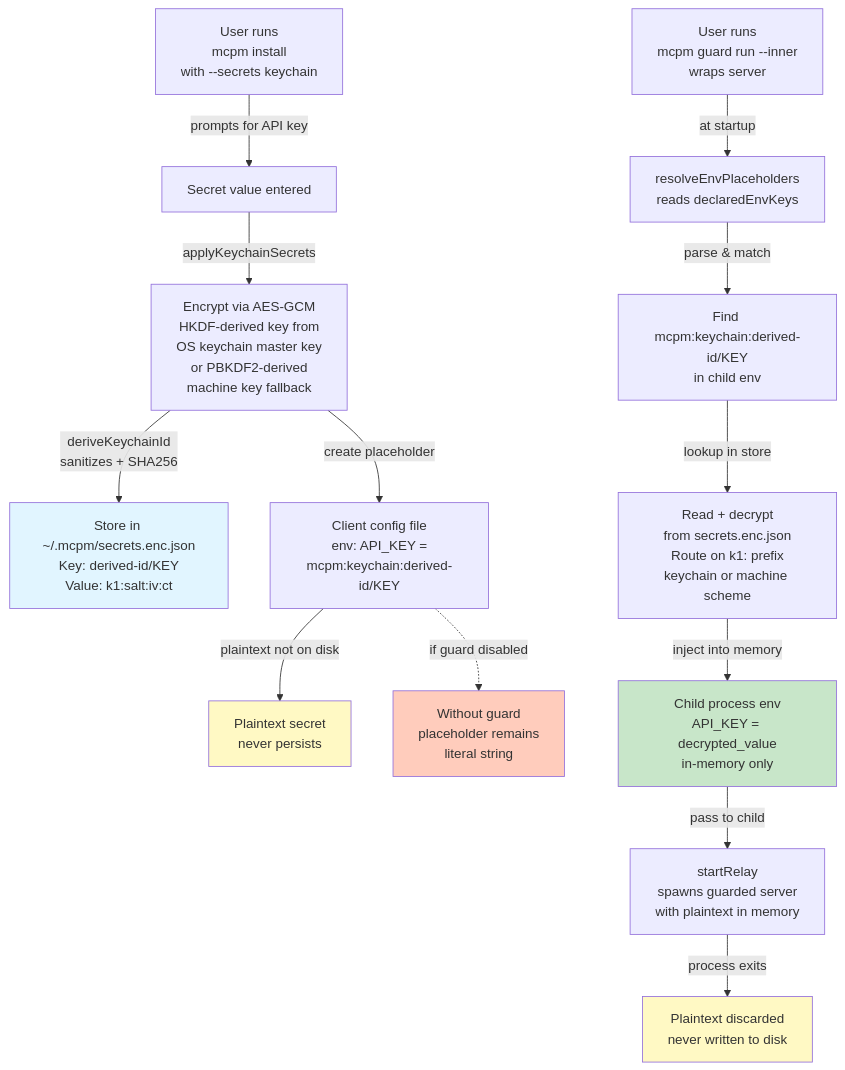
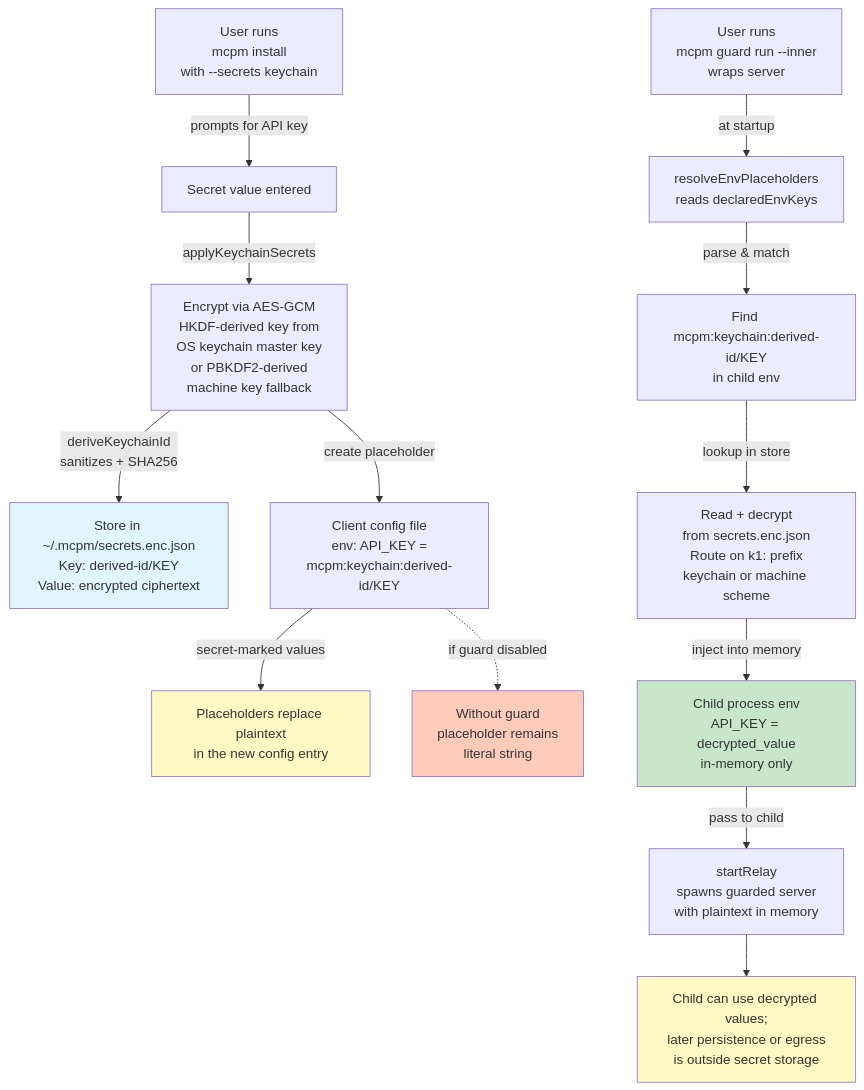
Before and after one commit to getmcpm/cli: the second of 2 diagrams in docs/ARCHITECTURE.md, drawn with Mermaid. The commit also changed other lines of this file, not shown here.

Commit message:
docs: refresh architecture guide and remove duplicate reference (#342)

````diff
--- a/docs/ARCHITECTURE.md
+++ b/docs/ARCHITECTURE.md
@@ -249,24 +227,24 @@
 ```mermaid
 flowchart TD
     A["User runs<br/>mcpm install<br/>with --secrets keychain"] -->|prompts for API key| B["Secret value entered"]
     B -->|applyKeychainSecrets| C["Encrypt via AES-GCM<br/>HKDF-derived key from<br/>OS keychain master key<br/>or PBKDF2-derived<br/>machine key fallback"]
-    C -->|deriveKeychainId<br/>sanitizes + SHA256| D["Store in ~/.mcpm/secrets.enc.json<br/>Key: derived-id/KEY<br/>Value: k1:salt:iv:ct"]
+    C -->|deriveKeychainId<br/>sanitizes + SHA256| D["Store in ~/.mcpm/secrets.enc.json<br/>Key: derived-id/KEY<br/>Value: encrypted ciphertext"]
     C -->|create placeholder| E["Client config file<br/>env: API_KEY =<br/>mcpm:keychain:derived-id/KEY"]
-    E -->|plaintext not on disk| F["Plaintext secret<br/>never persists"]
+    E -->|secret-marked values| F["Placeholders replace plaintext<br/>in the new config entry"]
 
     G["User runs<br/>mcpm guard run --inner<br/>wraps server"] -->|at startup| H["resolveEnvPlaceholders<br/>reads declaredEnvKeys"]
     H -->|parse &amp; match| I["Find mcpm:keychain:derived-id/KEY<br/>in child env"]
     I -->|lookup in store| J["Read + decrypt<br/>from secrets.enc.json<br/>Route on k1: prefix<br/>keychain or machine scheme"]
     J -->|inject into memory| K["Child process env<br/>API_KEY = decrypted_value<br/>in-memory only"]
     K -->|pass to child| L["startRelay<br/>spawns guarded server<br/>with plaintext in memory"]
-    L -->|process exits| M["Plaintext discarded<br/>never written to disk"]
+    L --> M["Child can use decrypted values;<br/>later persistence or egress<br/>is outside secret storage"]
 
     O["Without guard<br/>placeholder remains<br/>literal string"]
     E -.->|if guard disabled| O
 
     style D fill:#e1f5ff
     style K fill:#c8e6c9
     style F fill:#fff9c4
     style M fill:#fff9c4
     style O fill:#ffccbc
 ```
````
